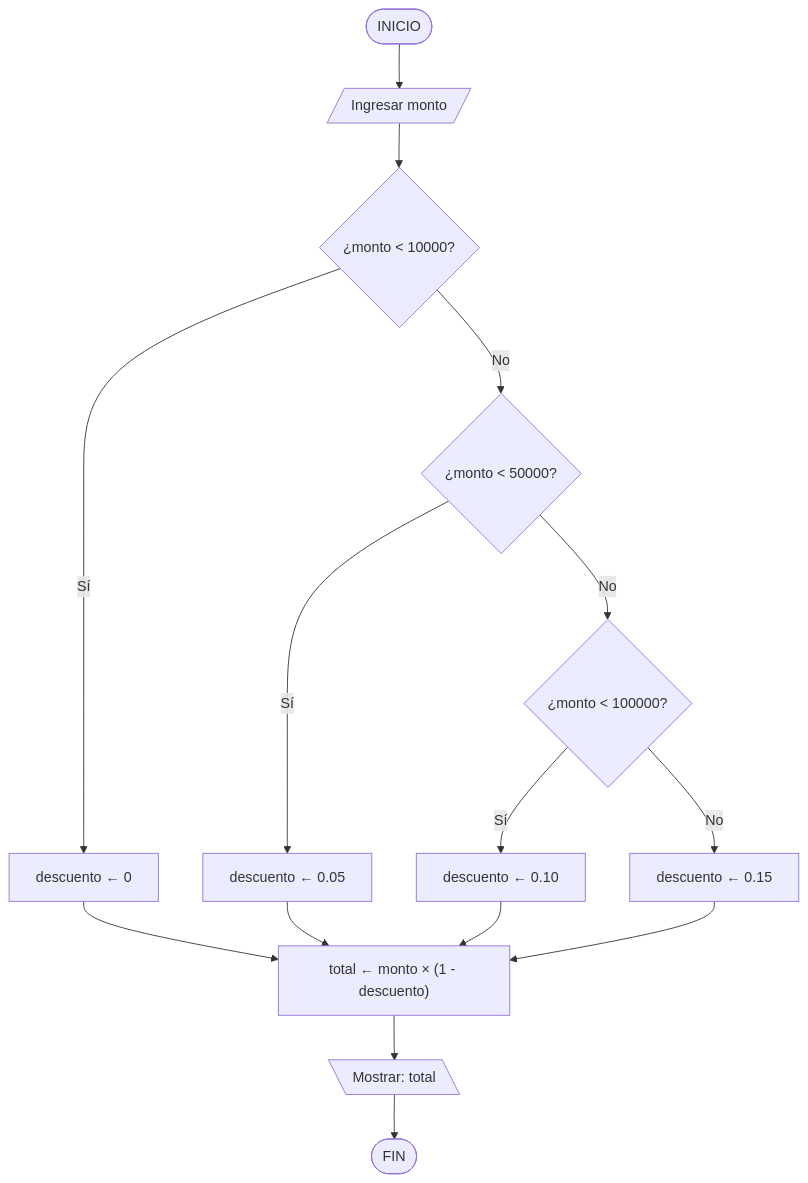
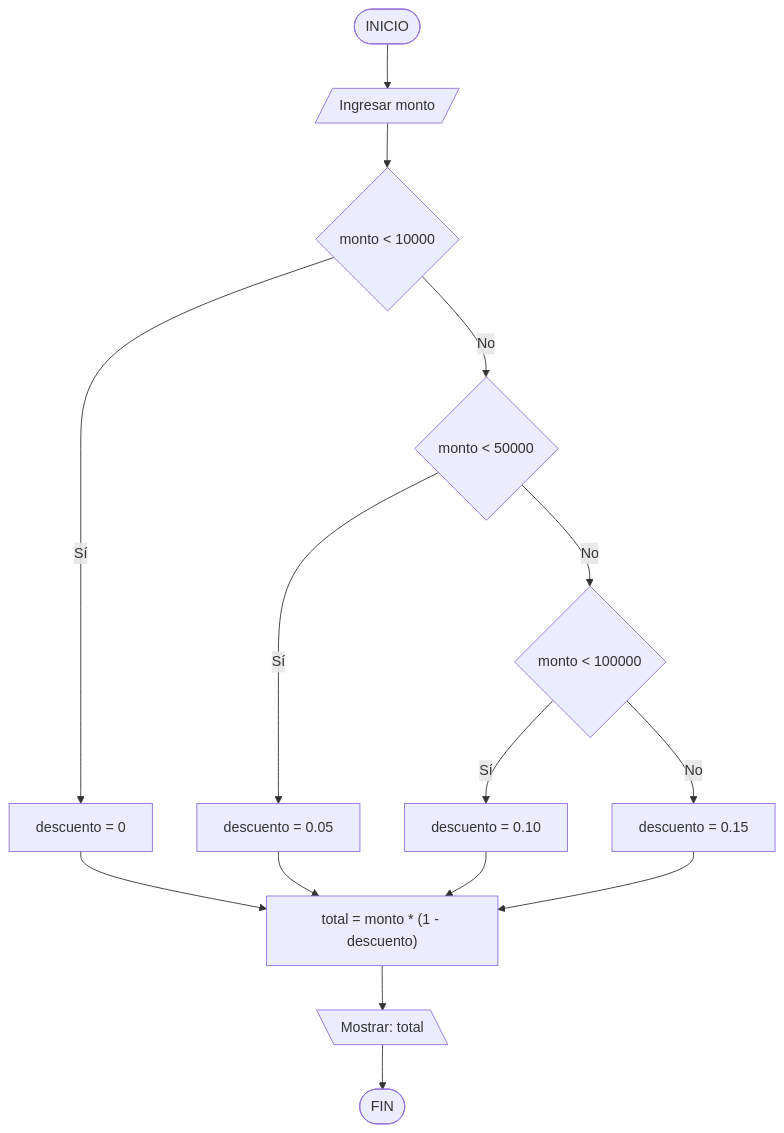
Before and after one commit to BenjaminSerrano/principios-programacion: the fourth of 4 diagrams in docs/core/controlflow/conditionals.md, drawn with Mermaid. The commit also changed other lines of this file and 4 other files, not shown here.

First line of the commit message:
Reorganizar contenido y unificar convenciones en diagramas de flujo

````diff
--- a/docs/core/controlflow/conditionals.md
+++ b/docs/core/controlflow/conditionals.md
@@ -942,17 +942,17 @@
     ``` mermaid
     flowchart TD
         A([INICIO]) --> B[/Ingresar monto/]
-        B --> C{"¿monto < 10000?"}
-        C -->|Sí| D["descuento ← 0"]
-        C -->|No| E{"¿monto < 50000?"}
-        E -->|Sí| F["descuento ← 0.05"]
-        E -->|No| G{"¿monto < 100000?"}
-        G -->|Sí| H["descuento ← 0.10"]
-        G -->|No| I["descuento ← 0.15"]
-        D --> J["total ← monto × (1 - descuento)"]
+        B --> C{"monto < 10000"}
+        C -->|Sí| D["descuento = 0"]
+        C -->|No| E{"monto < 50000"}
+        E -->|Sí| F["descuento = 0.05"]
+        E -->|No| G{"monto < 100000"}
+        G -->|Sí| H["descuento = 0.10"]
+        G -->|No| I["descuento = 0.15"]
+        D --> J["total = monto * (1 - descuento)"]
         F --> J
         H --> J
         I --> J
         J --> K[\"Mostrar: total"\]
         K --> L([FIN])
     ```
````
